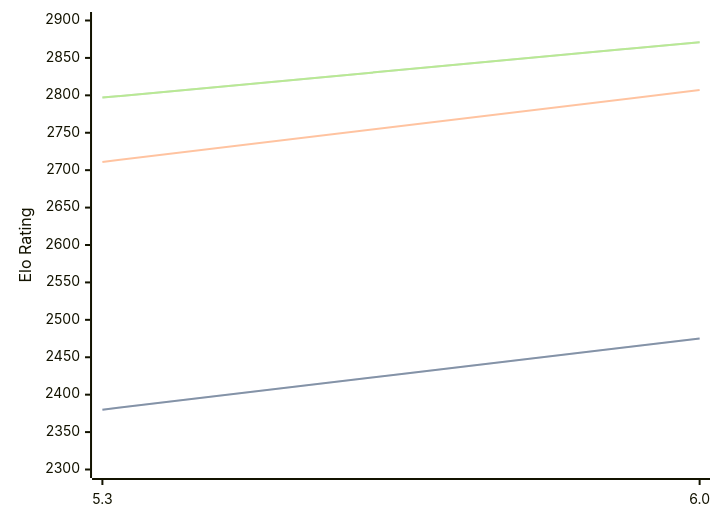
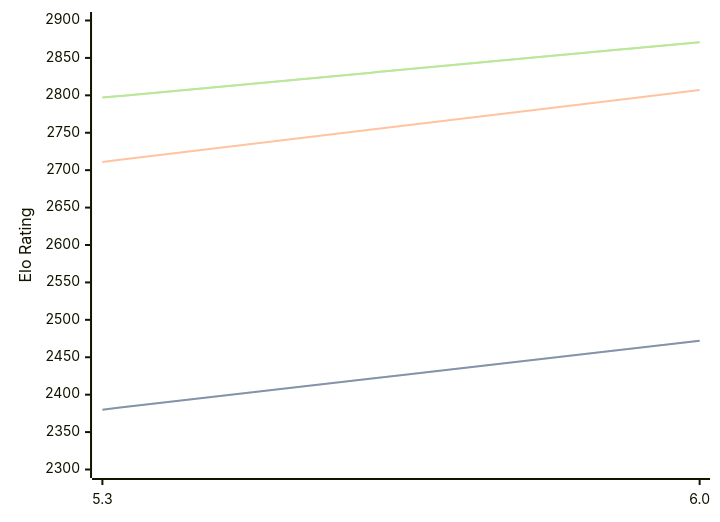
Before and after one commit to computer-chess-index/cci: the third of 3 diagrams in engines/tomitankChess.md, drawn with Mermaid. The commit also changed other lines of this file, not shown here.

````diff
--- a/engines/tomitankChess.md
+++ b/engines/tomitankChess.md
@@ -73,11 +73,11 @@
 ```mermaid
 %%{init: {"theme":"base","themeVariables":{"seriesColors:['#a3a3a3','#222221','#faa371']}}}%%
 xychart-beta
   x-axis ["5.3", "6.0"]
   y-axis "Elo Rating" 2300 --> 2900
-  line "STC (8.0+0.08s)" [2380, 2475]
-  line "STC (8.0+0.08s)" [2380, 2475]
+  line "STC (8.0+0.08s)" [2380, 2472]
+  line "STC (8.0+0.08s)" [2380, 2472]
   line "LTC (60.0+0.60s)" [2711, 2807]
   line "VLTC (2m24s+1.12s)" [2797, 2871]
   line "VLTC (2m24s+1.12s)" [2797, 2871]
 ```
````
